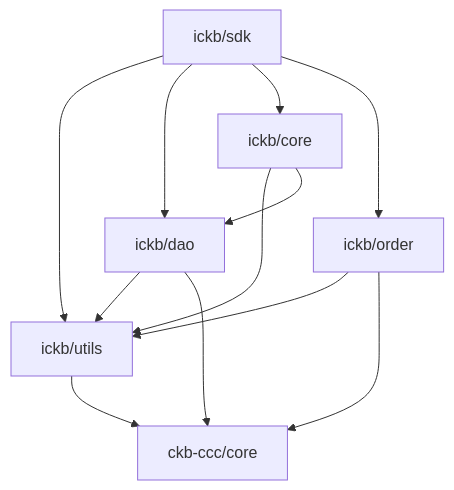
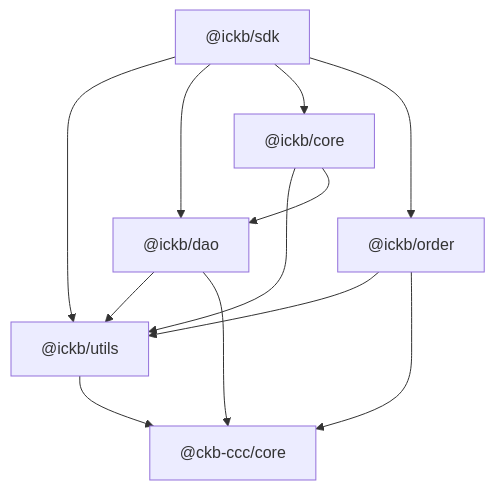
Before and after one commit to ickb/stack: the diagram in packages/sdk/README.md, drawn with Mermaid.

Commit message:
Add back @ symbols and links to Mermaid dependency graph %10

````diff
--- a/packages/sdk/README.md
+++ b/packages/sdk/README.md
@@ -7,14 +7,21 @@
 ```mermaid
 graph TD;
-    A[ickb/utils] --> B[ckb-ccc/core];
-    C[ickb/dao] --> A[ickb/utils];
-    C --> B[ckb-ccc/core];
-    D[ickb/core] --> A[ickb/utils];
-    D --> C[ickb/dao];
-    E[ickb/order] --> A[ickb/utils];
-    E --> B[ckb-ccc/core];
-    F[ickb/sdk] --> A[ickb/utils];
-    F --> C[ickb/dao];
-    F --> D[ickb/core];
-    F --> E[ickb/order];
+    A["@ickb/utils"] --> B["@ckb-ccc/core"];
+    C["@ickb/dao"] --> A;
+    C --> B;
+    D["@ickb/core"] --> A;
+    D --> C;
+    E["@ickb/order"] --> A;
+    E --> B;
+    F["@ickb/sdk"] --> A;
+    F --> C;
+    F --> D;
+    F --> E;
+
+    click A "https://github.com/ickb/utils" "Go to @ickb/utils"
+    click B "https://github.com/ckb-devrel/ccc/tree/master/packages/core" "Go to @ckb-ccc/core"
+    click C "https://github.com/ickb/dao" "Go to @ickb/dao"
+    click D "https://github.com/ickb/core" "Go to @ickb/core"
+    click E "https://github.com/ickb/order" "Go to @ickb/order"
+    click F "https://github.com/ickb/sdk" "Go to @ickb/sdk"
 ```
````
